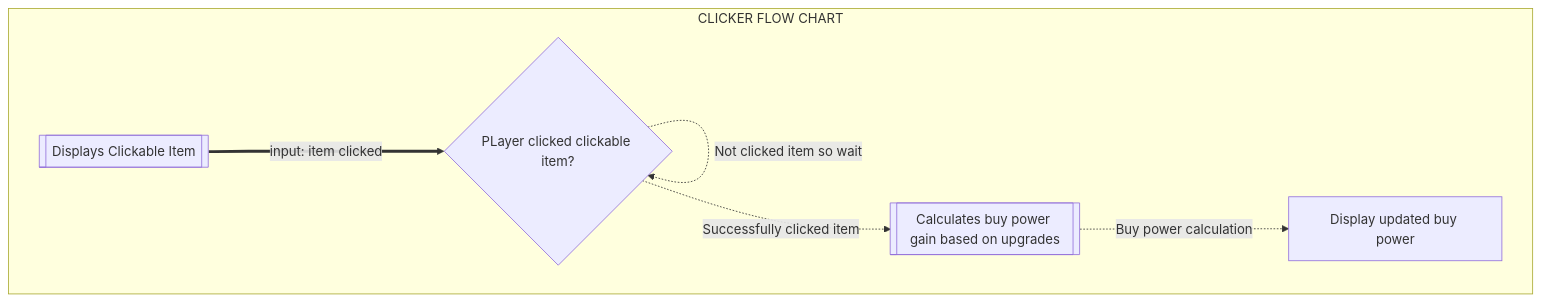
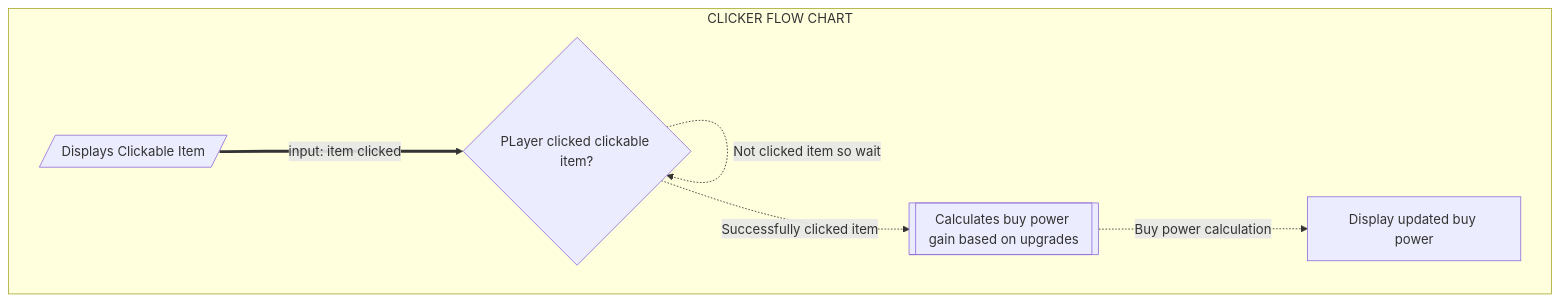
One commit to kaesotiric/money_clicker_game changed the first of 2 diagrams in clicker_project/flows.md. Above: the diagram before and after it, drawn with Mermaid. The commit also changed other lines of this file and 3 other files, not shown here.

````diff
--- a/clicker_project/flows.md
+++ b/clicker_project/flows.md
@@ -9,13 +9,13 @@
 ```mermaid
 flowchart TD
     subgraph CLICKER FLOW CHART
-        display[[Displays Clickable Item]]
+        display[/Displays Clickable Item/]
         calculate[[Calculates buy power gain based on upgrades]]
         updatedBP[Display updated buy power]
         display-result{PLayer clicked clickable item?}
         display ==input: item clicked===> display-result
         display-result -.Successfully clicked item.-> calculate
         display-result -.Not clicked item so wait.-> display-result
         calculate-.Buy power calculation.->updatedBP
         end
 ```
````
